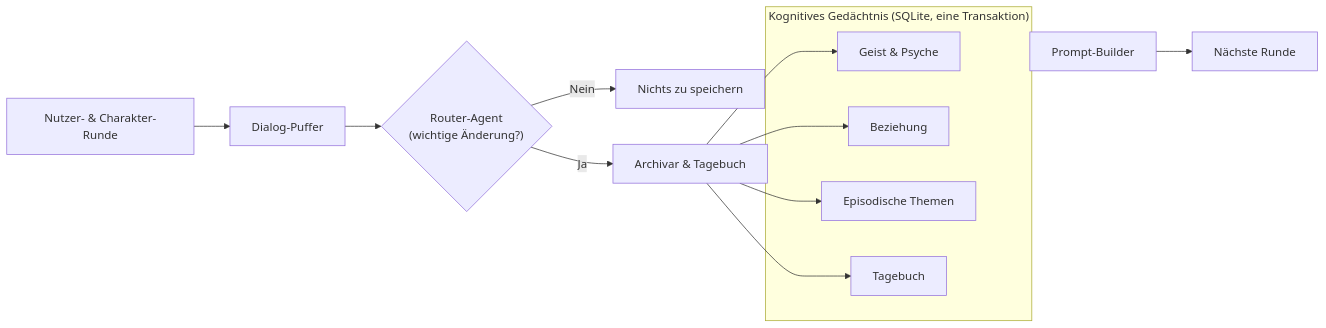
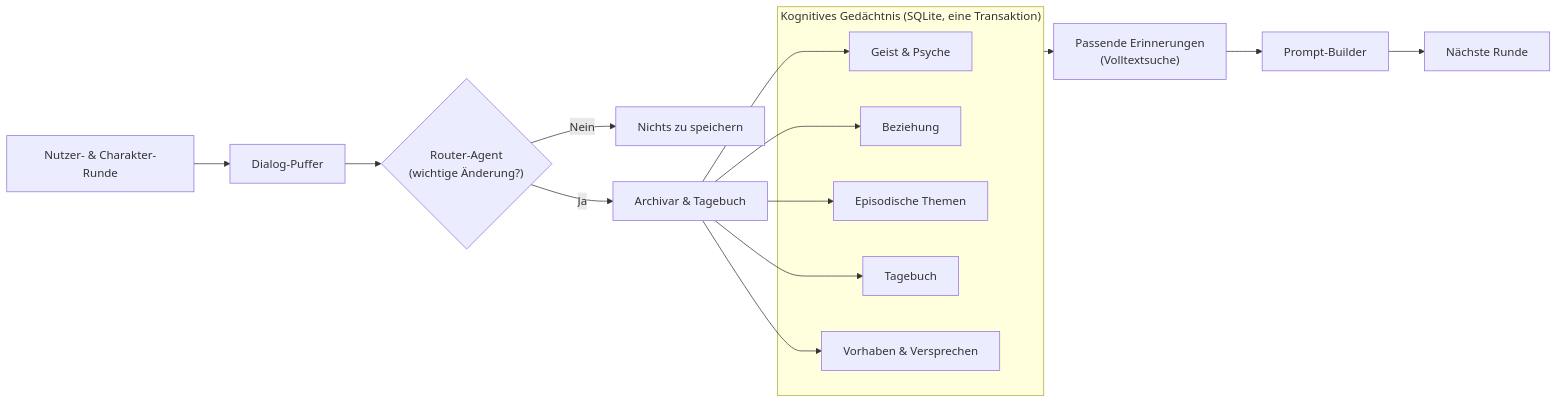
One commit to SnowwhiteOakheart/OtakuSoul changed the second of 2 diagrams in README.de.md. Above: the diagram before and after it, drawn with Mermaid. The commit also changed other lines of this file and 2 other files, not shown here.

````diff
--- a/README.de.md
+++ b/README.de.md
@@ -227,15 +230,16 @@
 ```mermaid
 flowchart LR
     Turn["Nutzer- & Charakter-Runde"] --> Buffer["Dialog-Puffer"]
     Buffer --> Router{"Router-Agent<br/>(wichtige Änderung?)"}
     Router -->|Nein| Idle["Nichts zu speichern"]
     Router -->|Ja| Pipeline["Archivar & Tagebuch"]
     subgraph SQLiteMemory["Kognitives Gedächtnis (SQLite, eine Transaktion)"]
         Psyche["Geist & Psyche"]
         Rel["Beziehung"]
         Episodes["Episodische Themen"]
         Diary["Tagebuch"]
+        Plans["Vorhaben & Versprechen"]
     end
-    Pipeline --> Psyche & Rel & Episodes & Diary
-    SQLiteMemory --> Prompt["Prompt-Builder"] --> Next["Nächste Runde"]
+    Pipeline --> Psyche & Rel & Episodes & Diary & Plans
+    SQLiteMemory --> Search["Passende Erinnerungen<br/>(Volltextsuche)"] --> Prompt["Prompt-Builder"] --> Next["Nächste Runde"]
 ```
````
